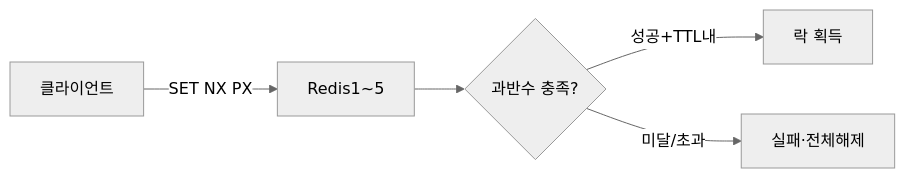
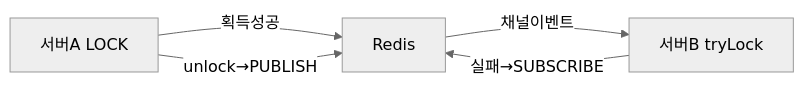
Before and after one commit to yjkim2015/yjkim2015.github.io: the second of 4 diagrams in _posts/redis/2026-05-01-redis-distributed-lock.md, drawn with Mermaid (neutral theme). The commit also changed other lines of this file and 4 other files, not shown here.

First line of the commit message:
5개 포스트 시니어급 심화 (Redis Cluster/Lock, Kafka Internals/Consumer, Spring TX)

````diff
--- a/_posts/redis/2026-05-01-redis-distributed-lock.md
+++ b/_posts/redis/2026-05-01-redis-distributed-lock.md
@@ -850,7 +260,7 @@
 ```mermaid
 graph LR
-    C["클라이언트"] -->|SET NX PX| R1["Redis1~5"]
-    R1 --> CHECK{"과반수 충족?"}
-    CHECK -->|성공+TTL내| OK["락 획득"]
-    CHECK -->|미달/초과| FAIL["실패·전체해제"]
+    A["서버A LOCK"] -->|획득성공| R["Redis"]
+    B["서버B tryLock"] -->|실패→SUBSCRIBE| R
+    A -->|unlock→PUBLISH| R
+    R -->|채널이벤트| B
 ```
````
